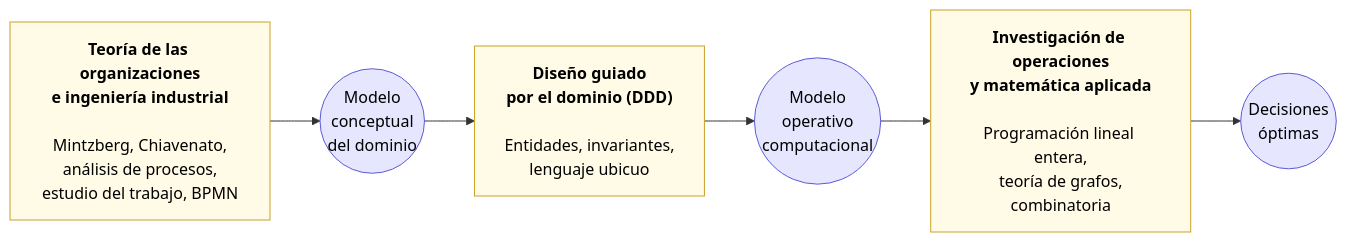
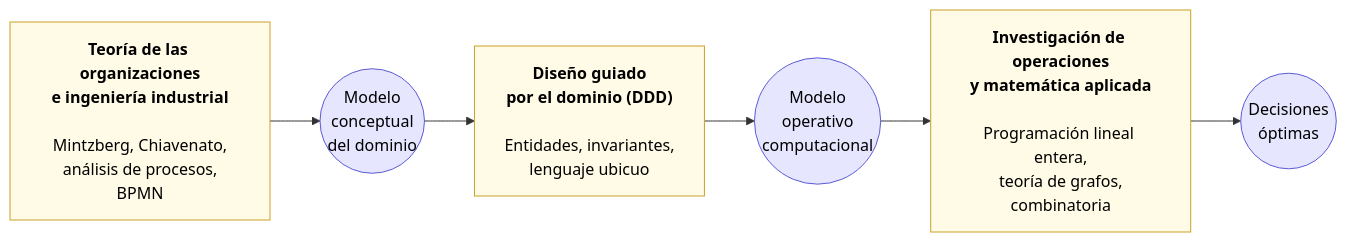
Before and after one commit to l-antonelli/gestor-aulas: the diagram in project/Informe/cap02_marco_teorico.md, drawn with Mermaid. The commit also changed other lines of this file and 5 other files, not shown here.

````diff
--- a/project/Informe/cap02_marco_teorico.md
+++ b/project/Informe/cap02_marco_teorico.md
@@ -17,17 +17,17 @@
 ```mermaid
 flowchart LR
-    C1["<b>Teoría de las organizaciones<br/>e ingeniería industrial</b><br/><br/>Mintzberg, Chiavenato,<br/>análisis de procesos,<br/>estudio del trabajo, BPMN"]
+    C1["<b>Teoría de las organizaciones<br/>e ingeniería industrial</b><br/><br/>Mintzberg, Chiavenato,<br/>análisis de procesos,<br/>BPMN"]
     C2["<b>Diseño guiado<br/>por el dominio (DDD)</b><br/><br/>Entidades, invariantes,<br/>lenguaje ubicuo"]
     C3["<b>Investigación de operaciones<br/>y matemática aplicada</b><br/><br/>Programación lineal entera,<br/>teoría de grafos,<br/>combinatoria"]
 
     P1(("Modelo<br/>conceptual<br/>del dominio"))
     P2(("Modelo<br/>operativo<br/>computacional"))
     P3(("Decisiones<br/>óptimas"))
 
     C1 --> P1 --> C2 --> P2 --> C3 --> P3
 
     classDef body fill:#fffbe6,stroke:#c9a227,color:#000
     classDef prod fill:#e6e6ff,stroke:#5b5bd6,color:#000
     class C1,C2,C3 body
     class P1,P2,P3 prod
 ```
````
